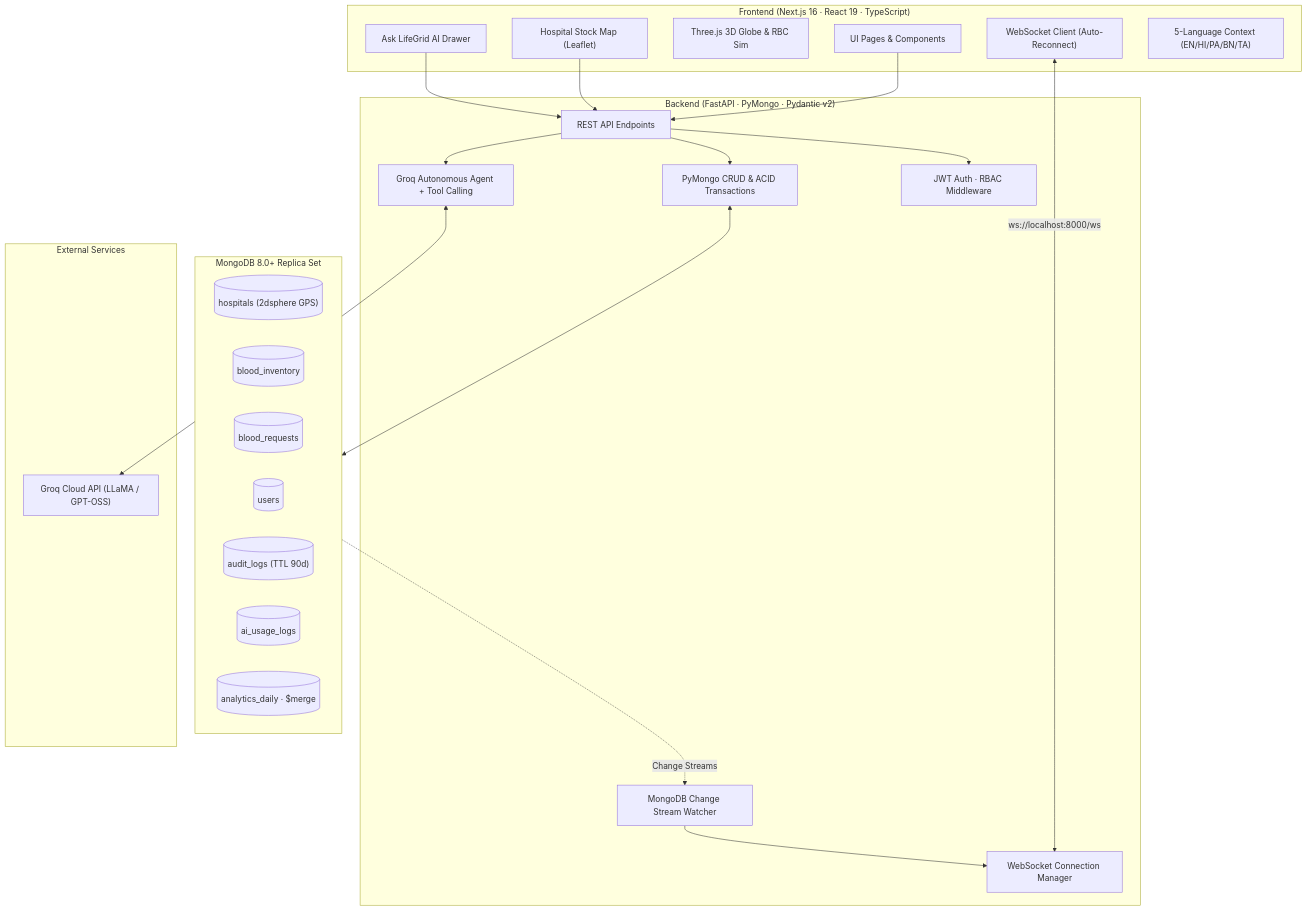
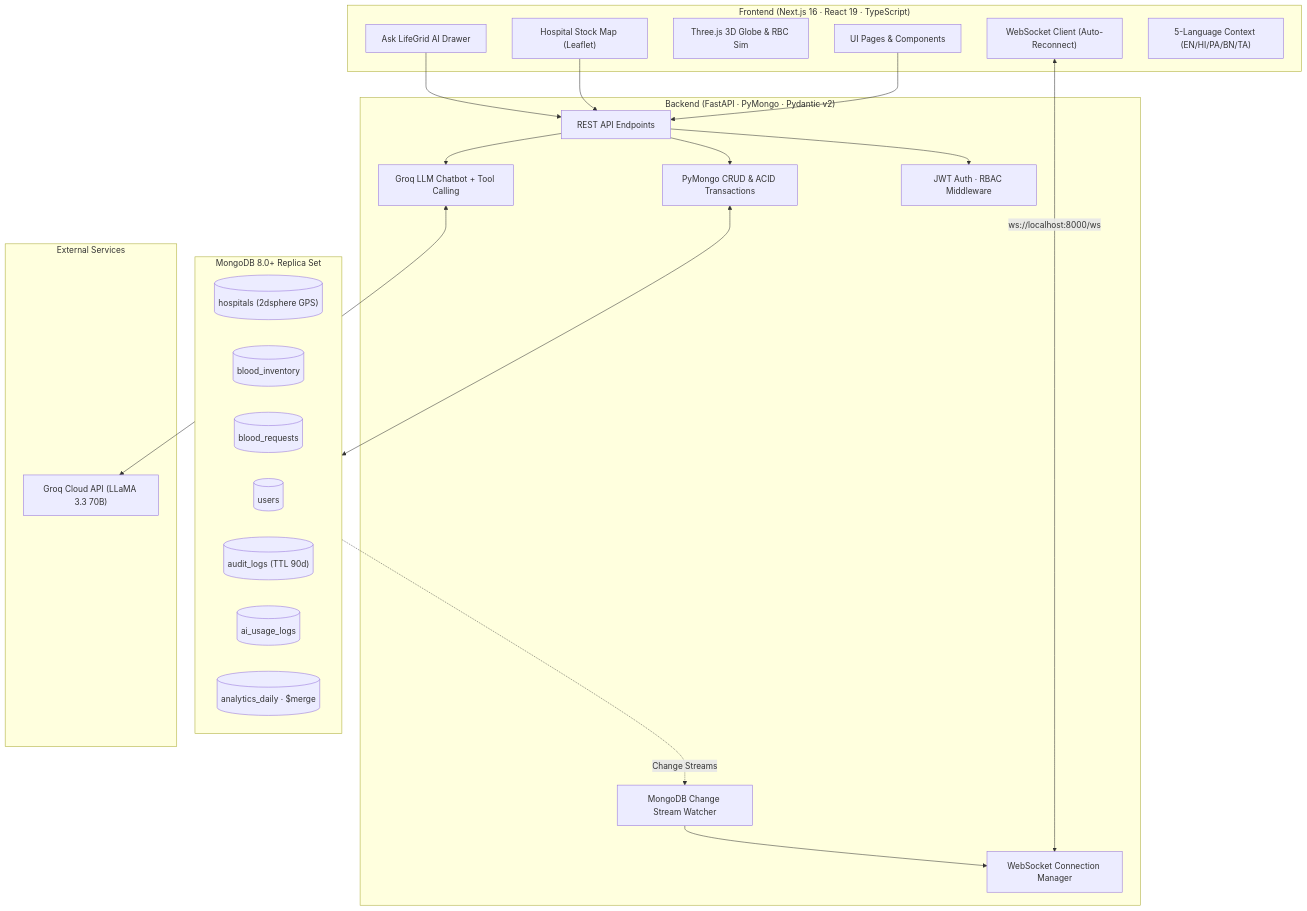
Before and after one commit to ankan123basu/LifeGrid: the diagram in README.md, drawn with Mermaid. The commit also changed other lines of this file, not shown here.

Commit message:
docs(readme): remove overstated AI claims, accurately describe Groq LLM chatbot with tool-calling

````diff
--- a/README.md
+++ b/README.md
@@ -107,46 +107,46 @@
 ```mermaid
 flowchart TD
     subgraph Client ["Frontend (Next.js 16 · React 19 · TypeScript)"]
         UI["UI Pages & Components"]
         LeafletMap["Hospital Stock Map (Leaflet)"]
         ThreeCanvas["Three.js 3D Globe & RBC Sim"]
         WSClient["WebSocket Client (Auto-Reconnect)"]
         ChatDrawer["Ask LifeGrid AI Drawer"]
         i18n["5-Language Context (EN/HI/PA/BN/TA)"]
     end
 
     subgraph Server ["Backend (FastAPI · PyMongo · Pydantic v2)"]
         Router["REST API Endpoints"]
         WSManager["WebSocket Connection Manager"]
-        AIAgent["Groq Autonomous Agent + Tool Calling"]
+        AIAgent["Groq LLM Chatbot + Tool Calling"]
         CRUD["PyMongo CRUD & ACID Transactions"]
         Streams["MongoDB Change Stream Watcher"]
         Auth["JWT Auth · RBAC Middleware"]
     end
 
     subgraph Database ["MongoDB 8.0+ Replica Set"]
         ColHosp[("hospitals (2dsphere GPS)")]
         ColInv[("blood_inventory")]
         ColReq[("blood_requests")]
         ColUsers[("users")]
         ColAudit[("audit_logs (TTL 90d)")]
         ColAI[("ai_usage_logs")]
         ColAnalytics[("analytics_daily · $merge")]
     end
 
     subgraph External ["External Services"]
-        GroqAPI["Groq Cloud API (LLaMA / GPT-OSS)"]
+        GroqAPI["Groq Cloud API (LLaMA 3.3 70B)"]
     end
 
     UI --> Router
     WSClient <-->|"ws://localhost:8000/ws"| WSManager
     LeafletMap --> Router
     ChatDrawer --> Router
     Router --> AIAgent
     Router --> Auth
     AIAgent <--> GroqAPI
     Router --> CRUD
     CRUD <--> Database
     Database -.->|Change Streams| Streams
     Streams --> WSManager
 ```
````
